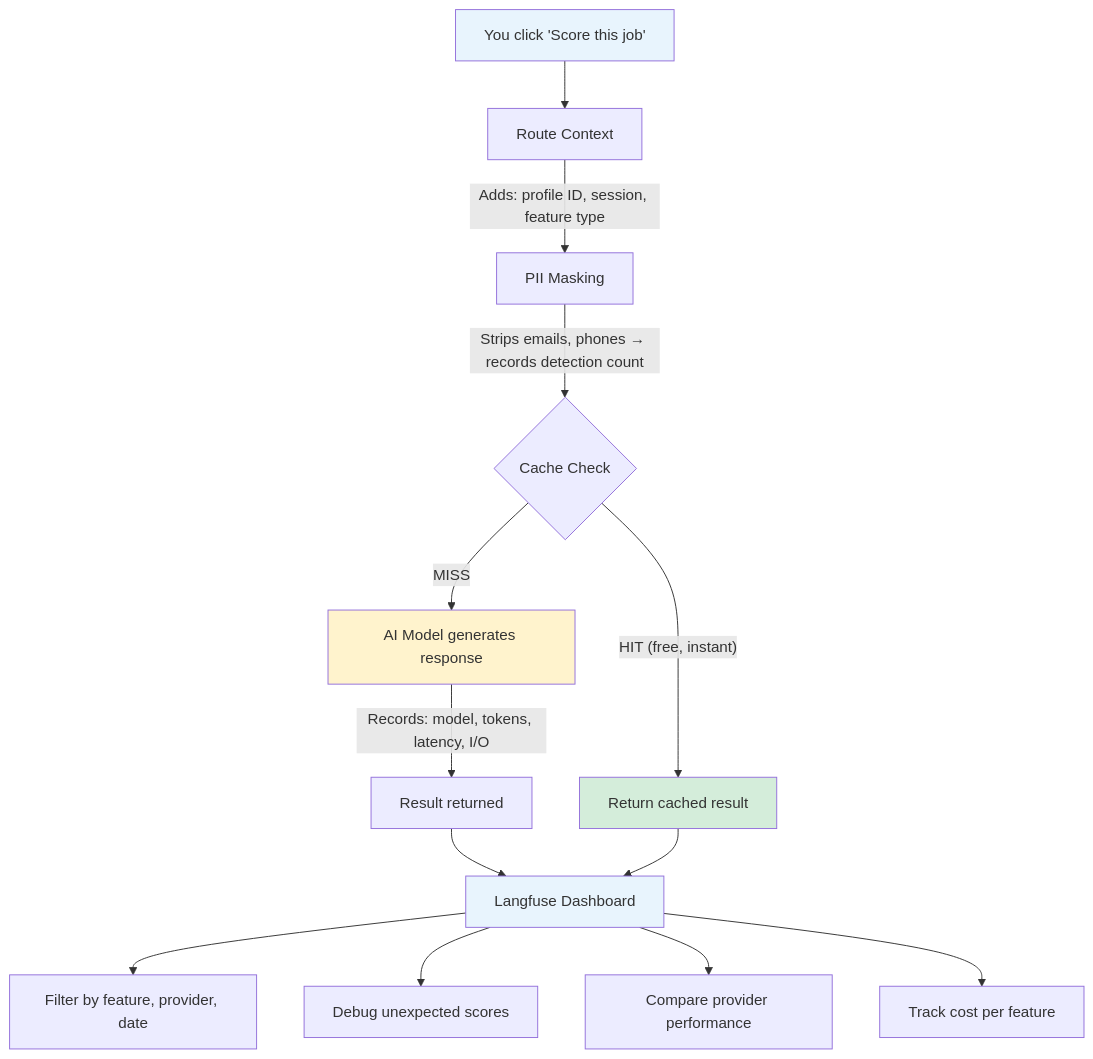
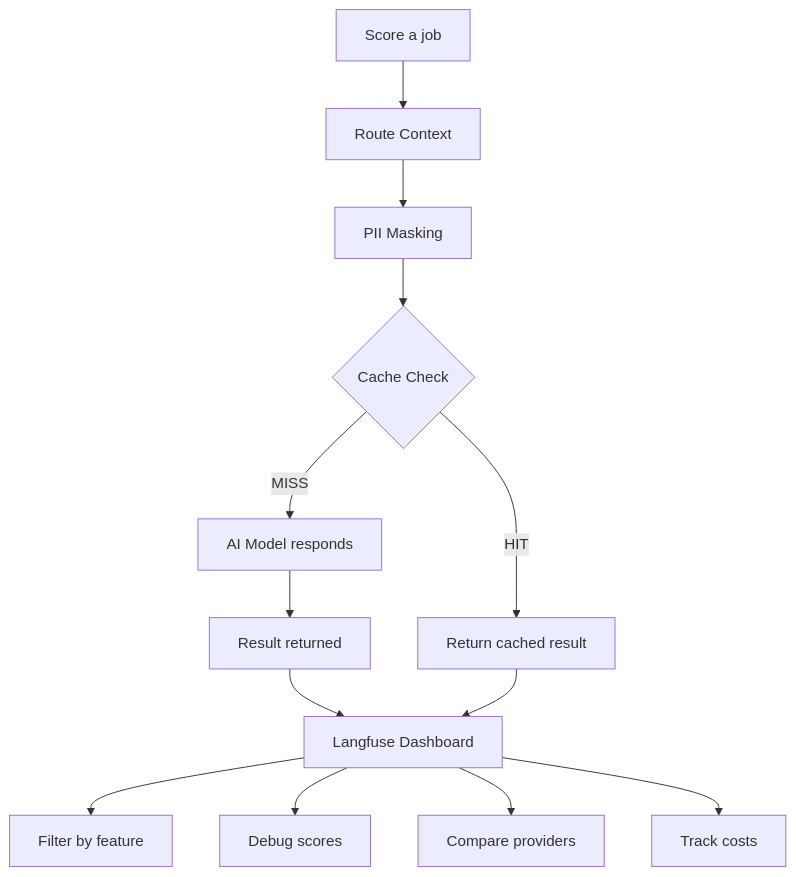
The diagram in docs/guides/how-observability-works.md (pleasedodisturb/kestrel), drawn with Mermaid before and after one commit. The commit also changed 6 other files, not shown here.

First line of the commit message:
fix(G-464): simplify Mermaid diagrams for GitHub rendering (#267)

````diff
--- a/docs/guides/how-observability-works.md
+++ b/docs/guides/how-observability-works.md
@@ -34,22 +34,15 @@
 ```mermaid
 flowchart TD
-    A["You click 'Score this job'"] --> B[Route Context]
-    B -->|"Adds: profile ID, session, feature type"| C[PII Masking]
-    C -->|"Strips emails, phones → records detection count"| D{Cache Check}
-    D -->|"HIT (free, instant)"| E[Return cached result]
-    D -->|"MISS"| F[AI Model generates response]
-    F -->|"Records: model, tokens, latency, I/O"| G[Result returned]
-
+    A[Score a job] --> B[Route Context]
+    B --> C[PII Masking]
+    C --> D{Cache Check}
+    D -->|HIT| E[Return cached result]
+    D -->|MISS| F[AI Model responds]
+    F --> G[Result returned]
     G --> H[Langfuse Dashboard]
     E --> H
-
-    H --> I["Filter by feature, provider, date"]
-    H --> J["Debug unexpected scores"]
-    H --> K["Compare provider performance"]
-    H --> L["Track cost per feature"]
-
-    style A fill:#e8f4fd
-    style E fill:#d4edda
-    style F fill:#fff3cd
-    style H fill:#e8f4fd
+    H --> I[Filter by feature]
+    H --> J[Debug scores]
+    H --> K[Compare providers]
+    H --> L[Track costs]
 ```
````
